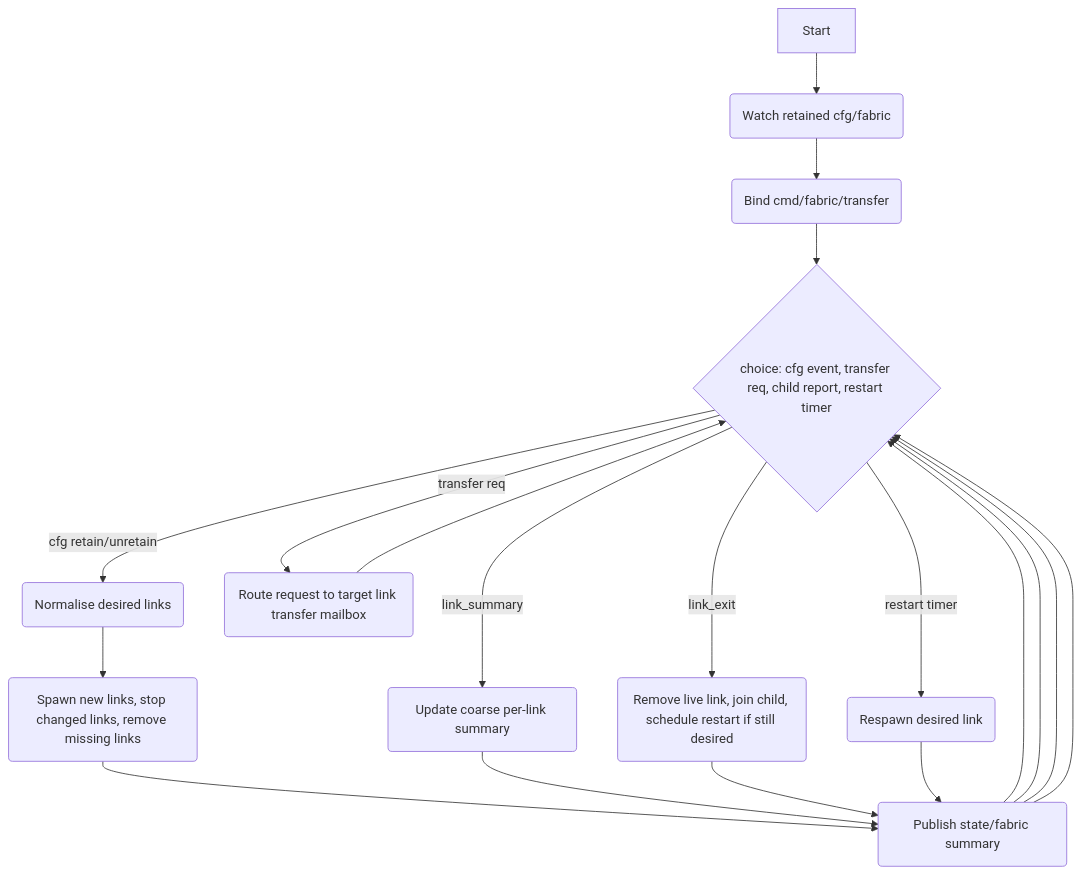
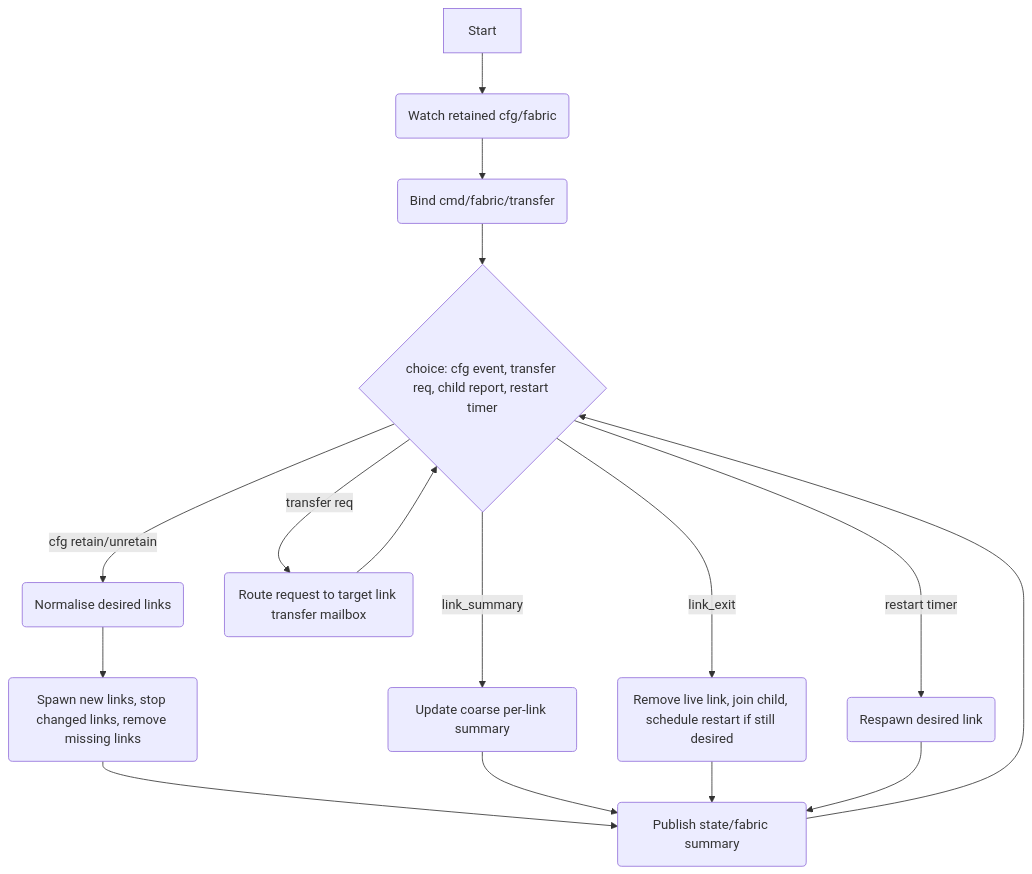
The first of 2 diagrams in docs/specs/fabric.md (jangala-dev/devicecode-lua), drawn with Mermaid before and after one commit. The commit also changed other lines of this file and 2 other files, not shown here.

````diff
--- a/docs/specs/fabric.md
+++ b/docs/specs/fabric.md
@@ -414,21 +428,18 @@
 ```mermaid
 flowchart TD
   St[Start] --> A(Watch retained cfg/fabric)
   A --> B(Bind cmd/fabric/transfer)
   B --> C{choice: cfg event, transfer req, child report, restart timer}
   C -->|cfg retain/unretain| D(Normalise desired links)
   D --> E(Spawn new links, stop changed links, remove missing links)
   E --> F(Publish state/fabric summary)
   F --> C
   C -->|transfer req| G(Route request to target link transfer mailbox)
   G --> C
   C -->|link_summary| H(Update coarse per-link summary)
   H --> F
-  F --> C
   C -->|link_exit| I(Remove live link, join child, schedule restart if still desired)
   I --> F
-  F --> C
   C -->|restart timer| J(Respawn desired link)
   J --> F
-  F --> C
 ```
````
